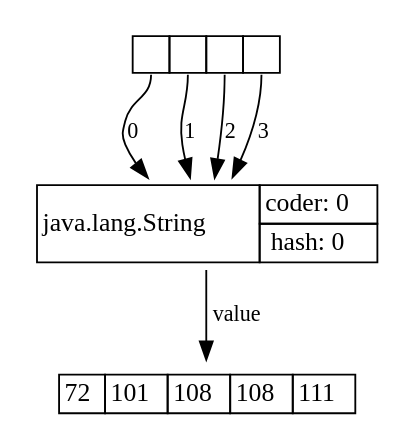
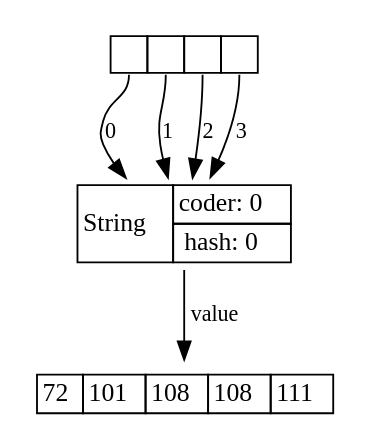
One commit to openjdk/jol changed the sixth of 18 diagrams in doc/src/main/asciidoc/start.adoc. Above: the diagram before and after it, drawn with Graphviz. The commit also changed other lines of this file and 3 other files, not shown here.

```diff
--- a/doc/src/main/asciidoc/start.adoc
+++ b/doc/src/main/asciidoc/start.adoc
@@ -616,46 +611,46 @@
 [graphviz]
 ----
 digraph Java {
 	rankdir="TB";
 	node[shape=plaintext]
 	n1[label=<
 		<table border='0' cellborder='1' cellspacing='0' cellpadding='9'>
 			<tr>
 				<td port="f0"></td>
 				<td port="f1"></td>
 				<td port="f2"></td>
 				<td port="f3"></td>
 			</tr>
 		</table>
 	>];
 	n2[label=<
 		<table border='0' cellborder='1' cellspacing='0'>
 			<tr>
-				<td rowspan='3'>java.lang.String</td>
+				<td rowspan='3'>String</td>
 			</tr>
 			<tr>
 				<td>coder: 0</td>
 			</tr>
 			<tr>
 				<td>hash: 0</td>
 			</tr>
 		</table>
 	>];
 	n3[label=<
 		<table border='0' cellborder='1' cellspacing='0'>
 			<tr>
 				<td>72</td>
 				<td>101</td>
 				<td>108</td>
 				<td>108</td>
 				<td>111</td>
 			</tr>
 		</table>
 	>];
 	n2 -> n3[label="value",fontsize=12];
 	n1:f0 -> n2[label="0",fontsize=12];
 	n1:f1 -> n2[label="1",fontsize=12];
 	n1:f2 -> n2[label="2",fontsize=12];
 	n1:f3 -> n2[label="3",fontsize=12];
 }
 ----
```
